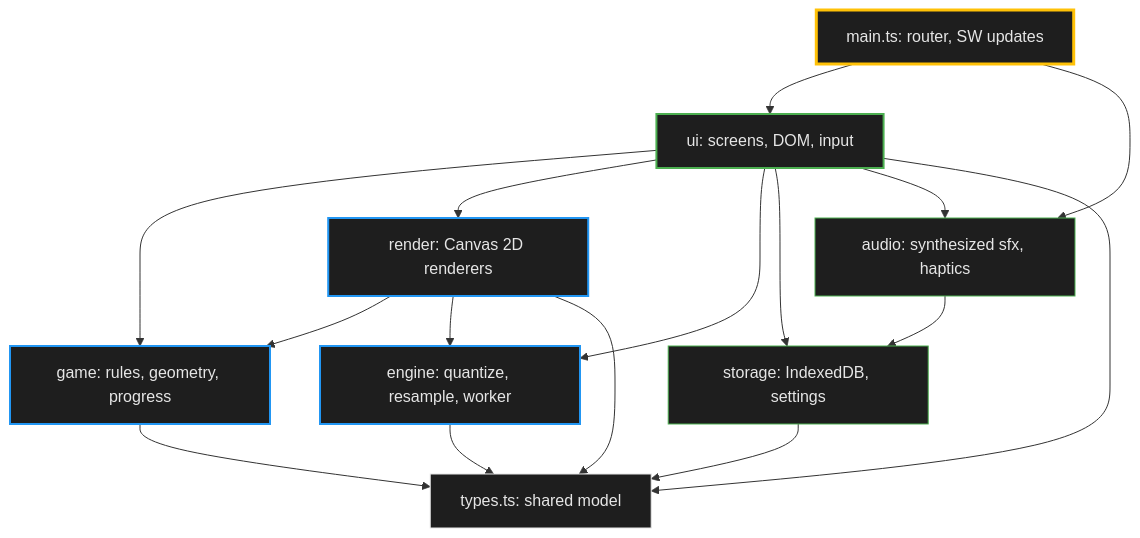
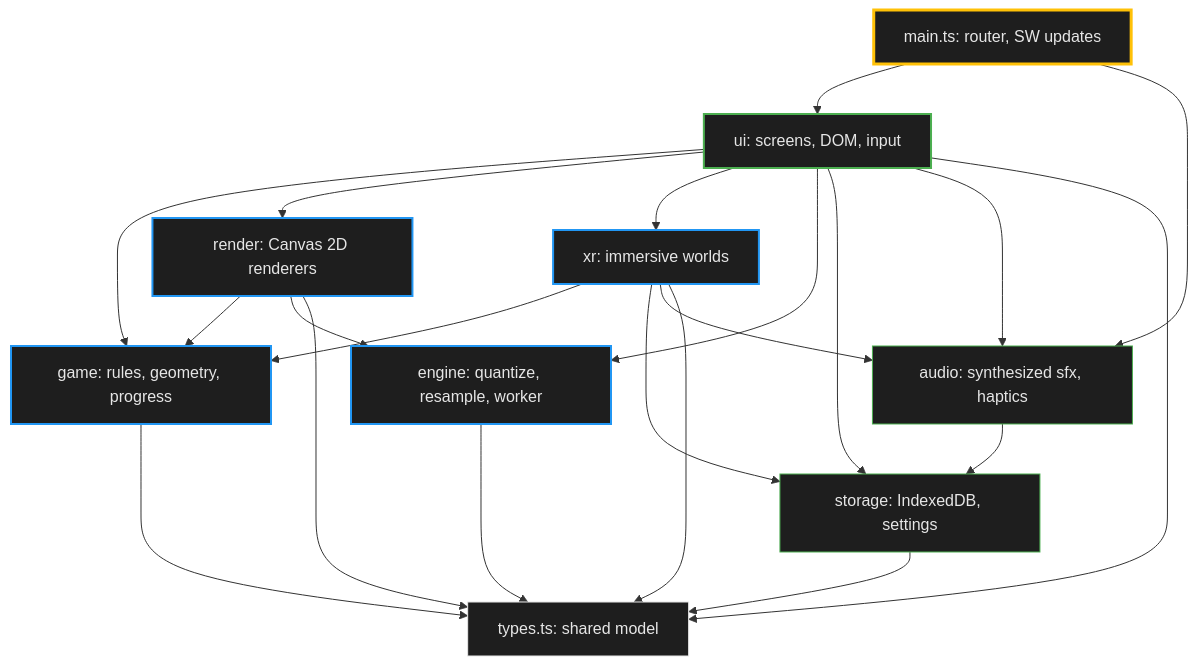
One commit to paulrobello/par-dots changed the first of 2 diagrams in docs/ARCHITECTURE.md. Above: the diagram before and after it, drawn with Mermaid. The commit also changed other lines of this file and 11 other files, not shown here.

````diff
--- a/docs/ARCHITECTURE.md
+++ b/docs/ARCHITECTURE.md
@@ -27,39 +27,45 @@
 ```mermaid
 graph TD
     Main[main.ts: router, SW updates]
     UI[ui: screens, DOM, input]
     Render[render: Canvas 2D renderers]
+    XR[xr: immersive worlds]
     Game[game: rules, geometry, progress]
     Engine[engine: quantize, resample, worker]
     Storage[storage: IndexedDB, settings]
     Audio[audio: synthesized sfx, haptics]
     Types[types.ts: shared model]
 
     Main --> UI
     Main --> Audio
     UI --> Game
     UI --> Render
+    UI --> XR
+    XR --> Game
+    XR --> Storage
+    XR --> Audio
+    XR --> Types
     UI --> Engine
     UI --> Storage
     UI --> Audio
     Render --> Game
     Render --> Engine
     Audio --> Storage
     UI --> Types
     Render --> Types
     Game --> Types
     Engine --> Types
     Storage --> Types
 
     class Main primary
     class UI active
-    class Render,Game,Engine info
+    class Render,XR,Game,Engine info
     class Storage,Audio success
     class Types neutral
 
     classDef primary fill:#1E1E1E,stroke:#FFC107,stroke-width:3px,color:#E6E6E6
     classDef active fill:#1E1E1E,stroke:#4CAF50,stroke-width:2px,color:#E6E6E6
     classDef info fill:#1E1E1E,stroke:#2196F3,stroke-width:2px,color:#E6E6E6
     classDef success fill:#1E1E1E,stroke:#4CAF50,stroke-width:1px,color:#E6E6E6
     classDef neutral fill:#1E1E1E,stroke:#E6E6E6,stroke-width:1px,color:#E6E6E6
 ```
````
